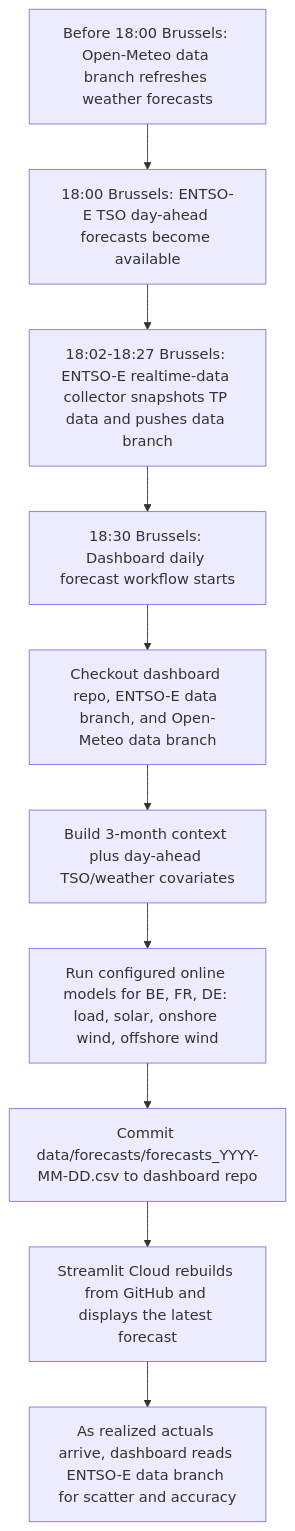
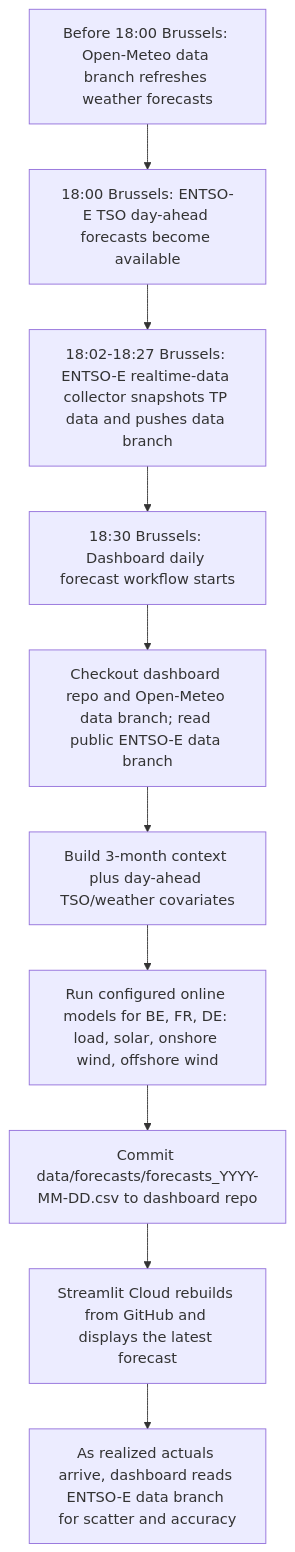
One commit to XiaoyuJIN97/tp-plus-plus-real-time-forecasting-dashboard changed the diagram in README.md. Above: the diagram before and after it, drawn with Mermaid. The commit also changed other lines of this file and 2 other files, not shown here.

Commit message:
Avoid ENTSO-E checkout in daily workflow

````diff
--- a/README.md
+++ b/README.md
@@ -100,12 +100,12 @@
 ```mermaid
 flowchart TD
   A["Before 18:00 Brussels: Open-Meteo data branch refreshes weather forecasts"] --> B["18:00 Brussels: ENTSO-E TSO day-ahead forecasts become available"]
   B --> C["18:02-18:27 Brussels: ENTSO-E realtime-data collector snapshots TP data and pushes data branch"]
   C --> D["18:30 Brussels: Dashboard daily forecast workflow starts"]
-  D --> E["Checkout dashboard repo, ENTSO-E data branch, and Open-Meteo data branch"]
+  D --> E["Checkout dashboard repo and Open-Meteo data branch; read public ENTSO-E data branch"]
   E --> G["Build 3-month context plus day-ahead TSO/weather covariates"]
   G --> H["Run configured online models for BE, FR, DE: load, solar, onshore wind, offshore wind"]
   H --> I["Commit data/forecasts/forecasts_YYYY-MM-DD.csv to dashboard repo"]
   I --> J["Streamlit Cloud rebuilds from GitHub and displays the latest forecast"]
   J --> K["As realized actuals arrive, dashboard reads ENTSO-E data branch for scatter and accuracy"]
 ```
````
